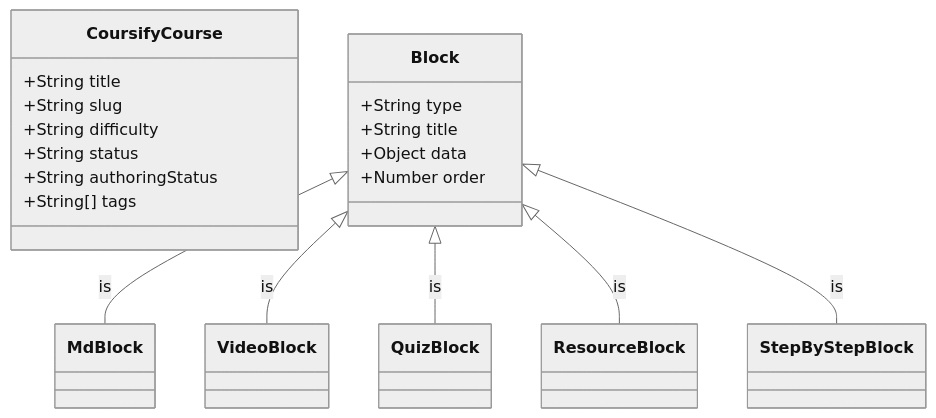
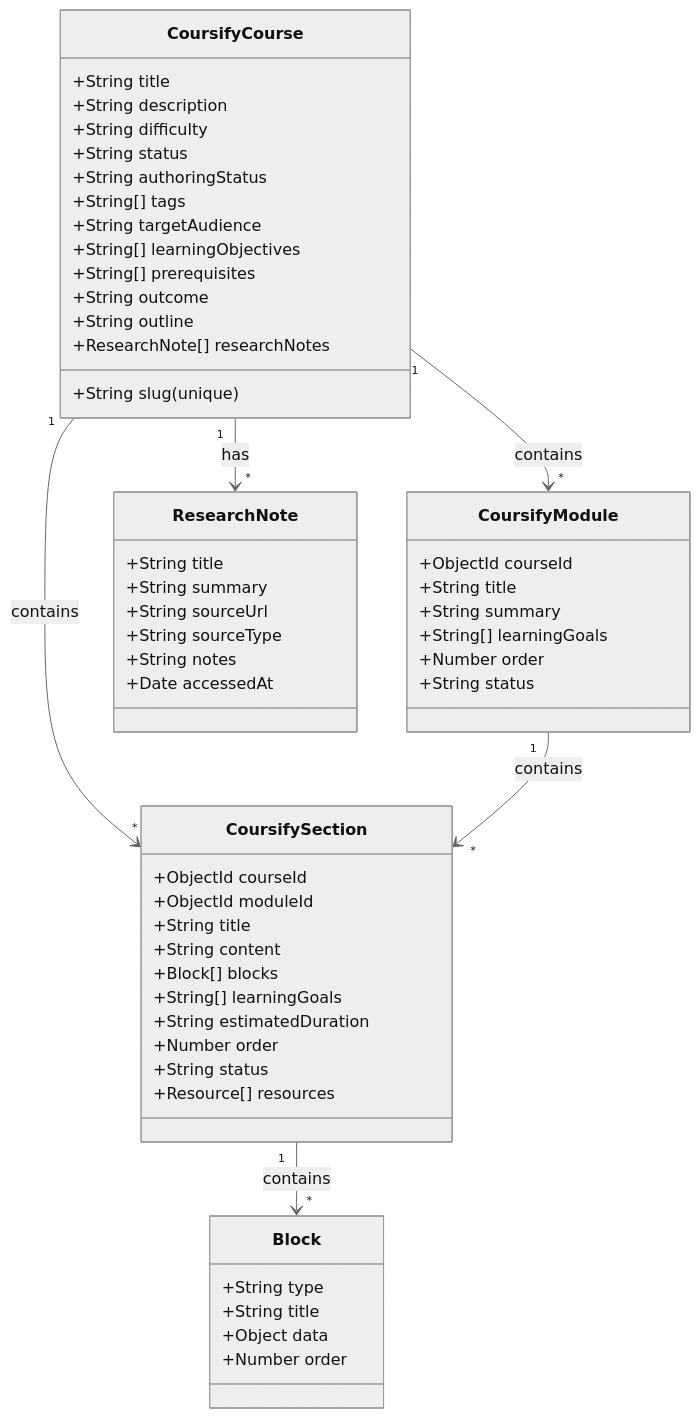
The diagram in .agent/skills/coursify-studio/references/schemas.md (hasanraiyan/resume), drawn with Mermaid (neutral theme) before and after one commit. The commit also changed other lines of this file and 13 other files, not shown here.

````diff
--- a/.agent/skills/coursify-studio/references/schemas.md
+++ b/.agent/skills/coursify-studio/references/schemas.md
@@ -3,23 +5,58 @@
 ```mermaid
 classDiagram
     class CoursifyCourse {
         +String title
-        +String slug
+        +String slug (unique)
+        +String description
         +String difficulty
         +String status
         +String authoringStatus
         +String[] tags
+        +String targetAudience
+        +String[] learningObjectives
+        +String[] prerequisites
+        +String outcome
+        +String outline
+        +ResearchNote[] researchNotes
+    }
+    class CoursifyModule {
+        +ObjectId courseId
+        +String title
+        +String summary
+        +String[] learningGoals
+        +Number order
+        +String status
+    }
+    class CoursifySection {
+        +ObjectId courseId
+        +ObjectId moduleId
+        +String title
+        +String content
+        +Block[] blocks
+        +String[] learningGoals
+        +String estimatedDuration
+        +Number order
+        +String status
+        +Resource[] resources
     }
     class Block {
         +String type
         +String title
         +Object data
         +Number order
     }
+    class ResearchNote {
+        +String title
+        +String summary
+        +String sourceUrl
+        +String sourceType
+        +String notes
+        +Date accessedAt
+    }
 
-    Block <|-- MdBlock : is
-    Block <|-- VideoBlock : is
-    Block <|-- QuizBlock : is
-    Block <|-- ResourceBlock : is
-    Block <|-- StepByStepBlock : is
+    CoursifyCourse "1" --> "*" CoursifyModule : contains
+    CoursifyCourse "1" --> "*" CoursifySection : contains
+    CoursifyModule "1" --> "*" CoursifySection : contains
+    CoursifySection "1" --> "*" Block : contains
+    CoursifyCourse "1" --> "*" ResearchNote : has
 ```
````
